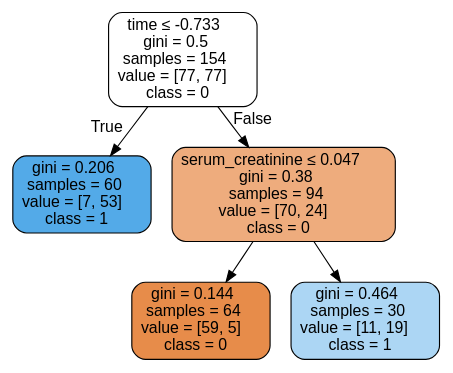
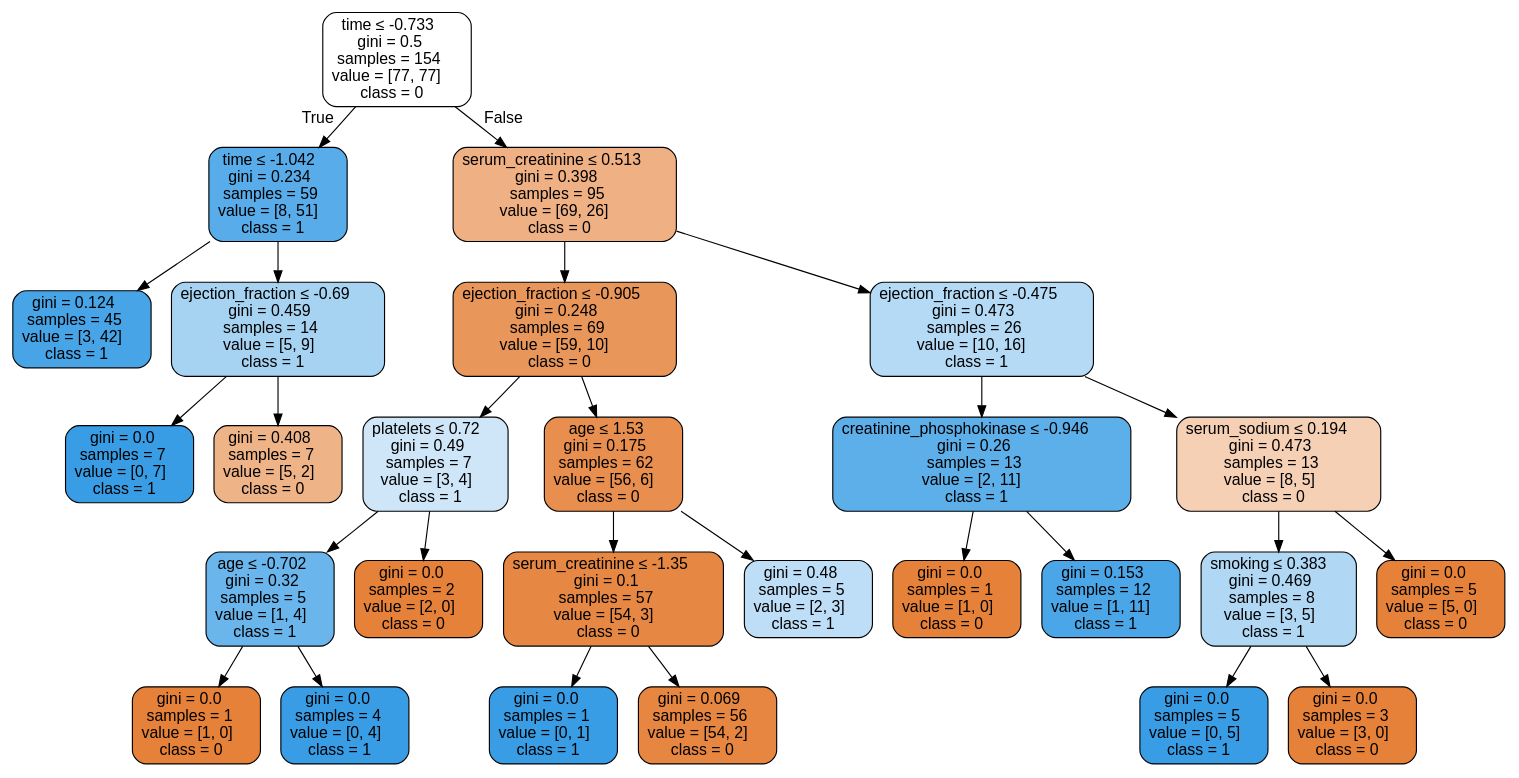
The diagram in Labs/Results/DecisionTrees/UnderSample/HFCR - UnderSample - dtree.dot (isabelSoares/CD-2021), drawn with Graphviz before and after one commit. The commit also changed 132 other files, not shown here.

```diff
--- a/Labs/Results/DecisionTrees/UnderSample/HFCR - UnderSample - dtree.dot
+++ b/Labs/Results/DecisionTrees/UnderSample/HFCR - UnderSample - dtree.dot
@@ -1,13 +1,57 @@
 digraph Tree {
 node [shape=box, style="filled, rounded", color="black", fontname=helvetica] ;
 edge [fontname=helvetica] ;
 0 [label=<time &le; -0.733<br/>gini = 0.5<br/>samples = 154<br/>value = [77, 77]<br/>class = 0>, fillcolor="#ffffff"] ;
-1 [label=<gini = 0.206<br/>samples = 60<br/>value = [7, 53]<br/>class = 1>, fillcolor="#53aae8"] ;
+1 [label=<time &le; -1.042<br/>gini = 0.234<br/>samples = 59<br/>value = [8, 51]<br/>class = 1>, fillcolor="#58ace9"] ;
 0 -> 1 [labeldistance=2.5, labelangle=45, headlabel="True"] ;
-2 [label=<serum_creatinine &le; 0.047<br/>gini = 0.38<br/>samples = 94<br/>value = [70, 24]<br/>class = 0>, fillcolor="#eeac7d"] ;
-0 -> 2 [labeldistance=2.5, labelangle=-45, headlabel="False"] ;
-3 [label=<gini = 0.144<br/>samples = 64<br/>value = [59, 5]<br/>class = 0>, fillcolor="#e78c4a"] ;
-2 -> 3 ;
-4 [label=<gini = 0.464<br/>samples = 30<br/>value = [11, 19]<br/>class = 1>, fillcolor="#acd6f4"] ;
-2 -> 4 ;
+2 [label=<gini = 0.124<br/>samples = 45<br/>value = [3, 42]<br/>class = 1>, fillcolor="#47a4e7"] ;
+1 -> 2 ;
+3 [label=<ejection_fraction &le; -0.69<br/>gini = 0.459<br/>samples = 14<br/>value = [5, 9]<br/>class = 1>, fillcolor="#a7d3f3"] ;
+1 -> 3 ;
+4 [label=<gini = 0.0<br/>samples = 7<br/>value = [0, 7]<br/>class = 1>, fillcolor="#399de5"] ;
+3 -> 4 ;
+5 [label=<gini = 0.408<br/>samples = 7<br/>value = [5, 2]<br/>class = 0>, fillcolor="#efb388"] ;
+3 -> 5 ;
+6 [label=<serum_creatinine &le; 0.513<br/>gini = 0.398<br/>samples = 95<br/>value = [69, 26]<br/>class = 0>, fillcolor="#efb084"] ;
+0 -> 6 [labeldistance=2.5, labelangle=-45, headlabel="False"] ;
+7 [label=<ejection_fraction &le; -0.905<br/>gini = 0.248<br/>samples = 69<br/>value = [59, 10]<br/>class = 0>, fillcolor="#e9965b"] ;
+6 -> 7 ;
+8 [label=<platelets &le; 0.72<br/>gini = 0.49<br/>samples = 7<br/>value = [3, 4]<br/>class = 1>, fillcolor="#cee6f8"] ;
+7 -> 8 ;
+9 [label=<age &le; -0.702<br/>gini = 0.32<br/>samples = 5<br/>value = [1, 4]<br/>class = 1>, fillcolor="#6ab6ec"] ;
+8 -> 9 ;
+10 [label=<gini = 0.0<br/>samples = 1<br/>value = [1, 0]<br/>class = 0>, fillcolor="#e58139"] ;
+9 -> 10 ;
+11 [label=<gini = 0.0<br/>samples = 4<br/>value = [0, 4]<br/>class = 1>, fillcolor="#399de5"] ;
+9 -> 11 ;
+12 [label=<gini = 0.0<br/>samples = 2<br/>value = [2, 0]<br/>class = 0>, fillcolor="#e58139"] ;
+8 -> 12 ;
+13 [label=<age &le; 1.53<br/>gini = 0.175<br/>samples = 62<br/>value = [56, 6]<br/>class = 0>, fillcolor="#e88e4e"] ;
+7 -> 13 ;
+14 [label=<serum_creatinine &le; -1.35<br/>gini = 0.1<br/>samples = 57<br/>value = [54, 3]<br/>class = 0>, fillcolor="#e68844"] ;
+13 -> 14 ;
+15 [label=<gini = 0.0<br/>samples = 1<br/>value = [0, 1]<br/>class = 1>, fillcolor="#399de5"] ;
+14 -> 15 ;
+16 [label=<gini = 0.069<br/>samples = 56<br/>value = [54, 2]<br/>class = 0>, fillcolor="#e68640"] ;
+14 -> 16 ;
+17 [label=<gini = 0.48<br/>samples = 5<br/>value = [2, 3]<br/>class = 1>, fillcolor="#bddef6"] ;
+13 -> 17 ;
+18 [label=<ejection_fraction &le; -0.475<br/>gini = 0.473<br/>samples = 26<br/>value = [10, 16]<br/>class = 1>, fillcolor="#b5daf5"] ;
+6 -> 18 ;
+19 [label=<creatinine_phosphokinase &le; -0.946<br/>gini = 0.26<br/>samples = 13<br/>value = [2, 11]<br/>class = 1>, fillcolor="#5dafea"] ;
+18 -> 19 ;
+20 [label=<gini = 0.0<br/>samples = 1<br/>value = [1, 0]<br/>class = 0>, fillcolor="#e58139"] ;
+19 -> 20 ;
+21 [label=<gini = 0.153<br/>samples = 12<br/>value = [1, 11]<br/>class = 1>, fillcolor="#4ba6e7"] ;
+19 -> 21 ;
+22 [label=<serum_sodium &le; 0.194<br/>gini = 0.473<br/>samples = 13<br/>value = [8, 5]<br/>class = 0>, fillcolor="#f5d0b5"] ;
+18 -> 22 ;
+23 [label=<smoking &le; 0.383<br/>gini = 0.469<br/>samples = 8<br/>value = [3, 5]<br/>class = 1>, fillcolor="#b0d8f5"] ;
+22 -> 23 ;
+24 [label=<gini = 0.0<br/>samples = 5<br/>value = [0, 5]<br/>class = 1>, fillcolor="#399de5"] ;
+23 -> 24 ;
+25 [label=<gini = 0.0<br/>samples = 3<br/>value = [3, 0]<br/>class = 0>, fillcolor="#e58139"] ;
+23 -> 25 ;
+26 [label=<gini = 0.0<br/>samples = 5<br/>value = [5, 0]<br/>class = 0>, fillcolor="#e58139"] ;
+22 -> 26 ;
 }
```
